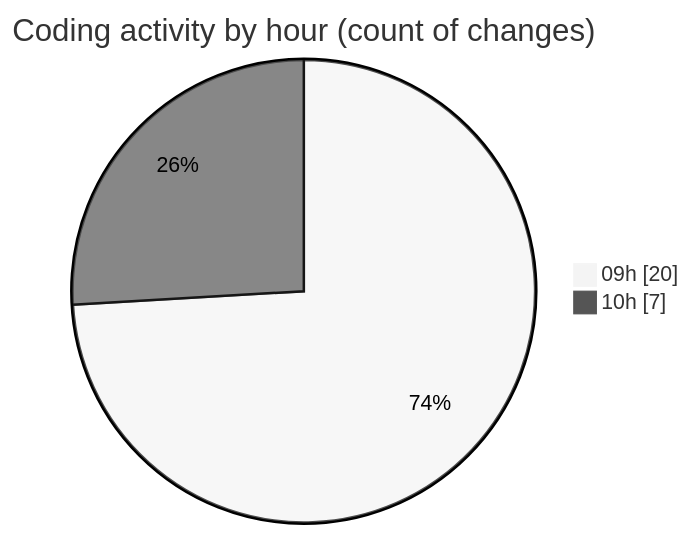
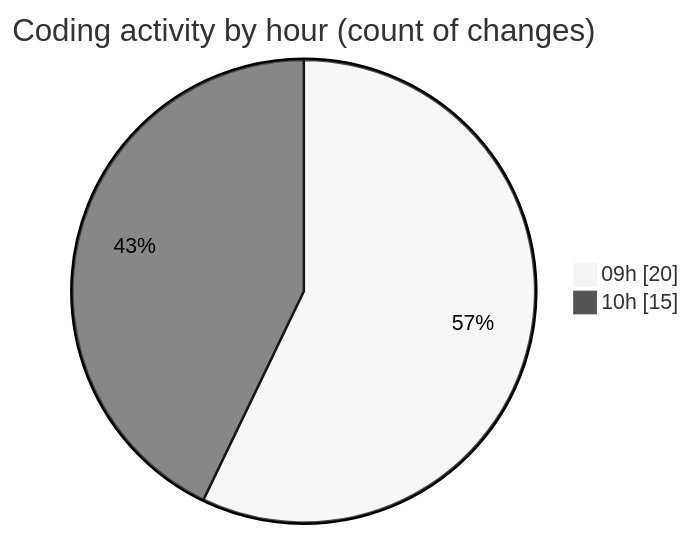
The second of 2 diagrams in 2025-06-06/ecodeli-1/README.md (CELIANVF/code-tracking), drawn with Mermaid (neutral theme) before and after one commit. The commit also changed other lines of this file and 1 other file, not shown here.

````diff
--- a/2025-06-06/ecodeli-1/README.md
+++ b/2025-06-06/ecodeli-1/README.md
@@ -39,6 +43,6 @@
 ```mermaid
 pie showData
 title Coding activity by hour (count of changes)
 "09h" : 20
-"10h" : 7
+"10h" : 15
 ```
````
